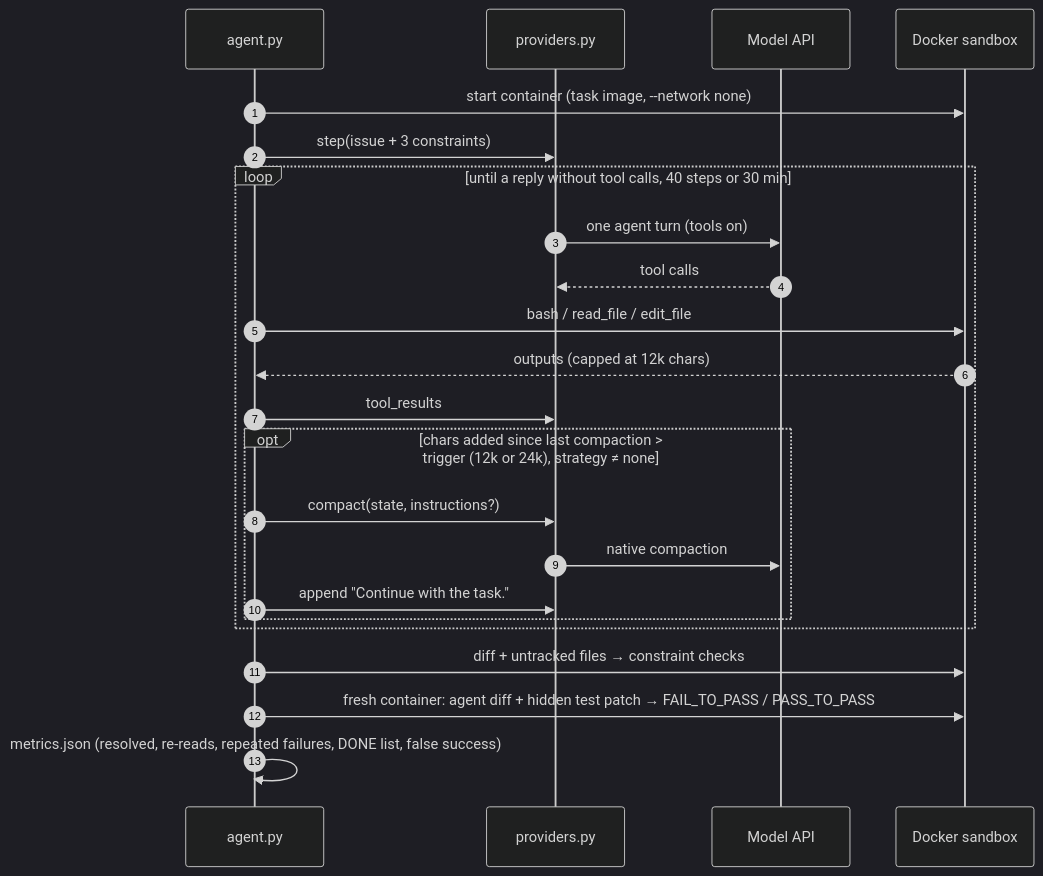
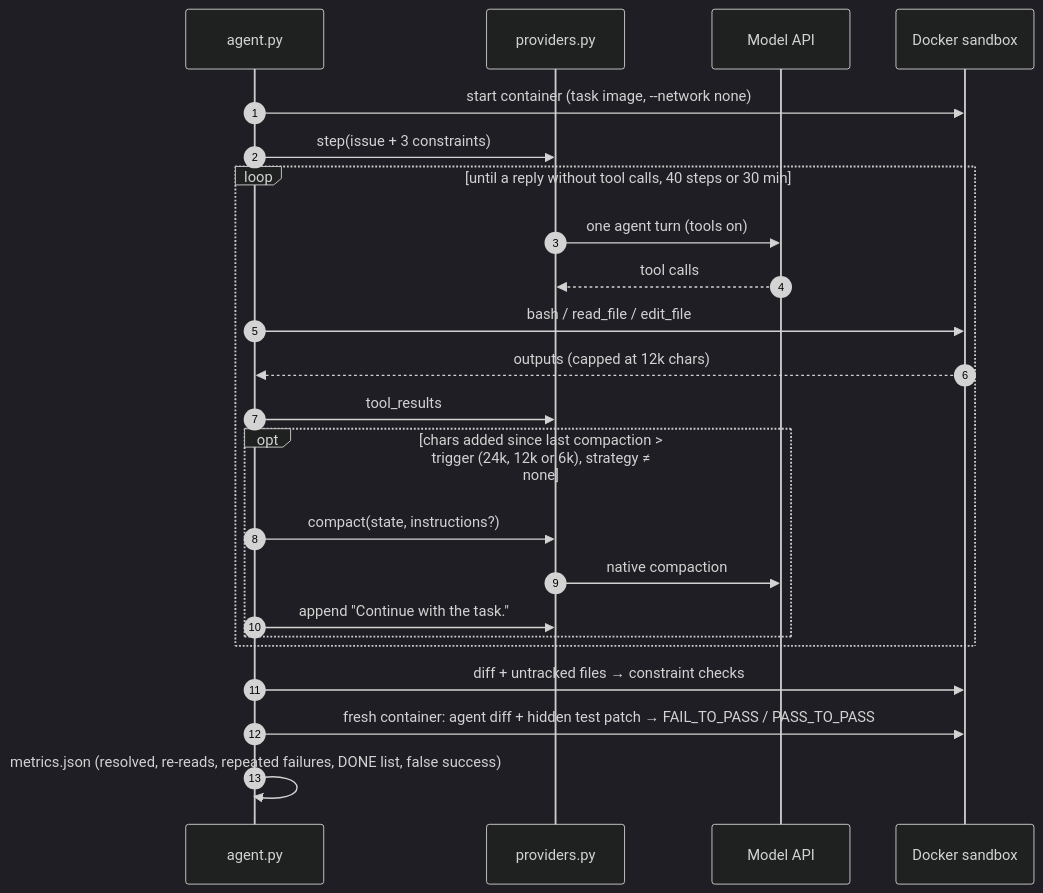
One commit to imyash2004/compaction-stress-lab changed the tenth of 10 diagrams in DESIGN.md. Above: the diagram before and after it, drawn with Mermaid (dark theme). The commit also changed other lines of this file and 60 other files, not shown here.

````diff
--- a/DESIGN.md
+++ b/DESIGN.md
@@ -829,25 +835,25 @@
 ```mermaid
 sequenceDiagram
     autonumber
     participant A as agent.py
     participant P as providers.py
     participant M as Model API
     participant D as Docker sandbox
     A->>D: start container (task image, --network none)
     A->>P: step(issue + 3 constraints)
     loop until a reply without tool calls, 40 steps or 30 min
         P->>M: one agent turn (tools on)
         M-->>P: tool calls
         A->>D: bash / read_file / edit_file
         D-->>A: outputs (capped at 12k chars)
         A->>P: tool_results
-        opt chars added since last compaction > trigger (12k or 24k), strategy ≠ none
+        opt chars added since last compaction > trigger (24k, 12k or 6k), strategy ≠ none
             A->>P: compact(state, instructions?)
             P->>M: native compaction
             A->>P: append "Continue with the task."
         end
     end
     A->>D: diff + untracked files → constraint checks
     A->>D: fresh container: agent diff + hidden test patch → FAIL_TO_PASS / PASS_TO_PASS
     A->>A: metrics.json (resolved, re-reads, repeated failures, DONE list, false success)
 ```
````
